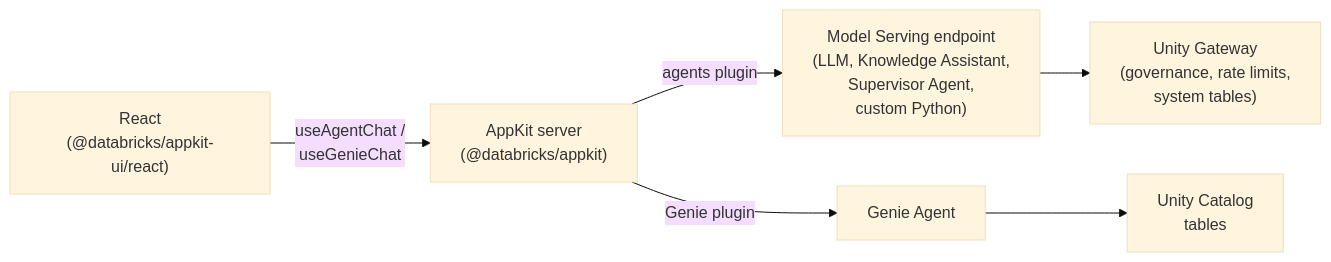
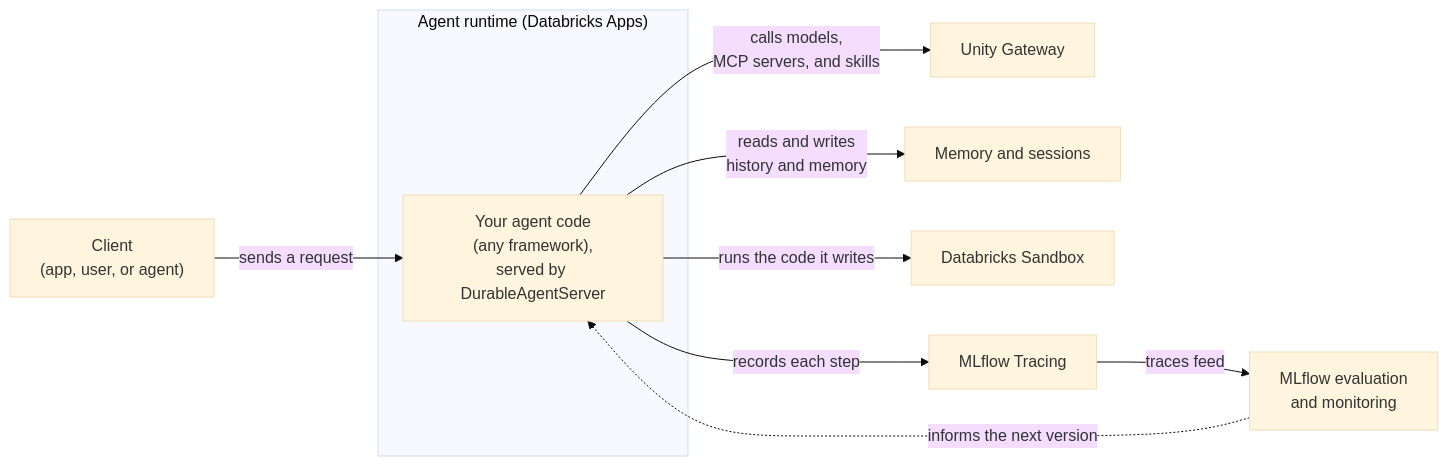
The diagram in src/content/docs/agents/overview.md (databricks/devhub), drawn with Mermaid (base theme) before and after one commit. The commit also changed other lines of this file and 7 other files, not shown here.

First line of the commit message:
docs(agents): refresh Agent Bricks around the developer platform; add quickstart and agent runtime pages (#173)

````diff
--- a/src/content/docs/agents/overview.md
+++ b/src/content/docs/agents/overview.md
@@ -26,8 +23,13 @@
 ```mermaid
 flowchart LR
-    React["React<br/>(@databricks/appkit-ui/react)"] -->|"useAgentChat /<br/>useGenieChat"| Node["AppKit server<br/>(@databricks/appkit)"]
-    Node -->|"agents plugin"| Endpoint["Model Serving endpoint<br/>(LLM, Knowledge Assistant,<br/>Supervisor Agent,<br/>custom Python)"]
-    Node -->|"Genie plugin"| Space["Genie Agent"]
-    Endpoint --> Gateway["Unity Gateway<br/>(governance, rate limits,<br/>system tables)"]
-    Space --> UC["Unity Catalog<br/>tables"]
+    Client["Client<br/>(app, user, or agent)"] -->|"sends a request"| Agent
+    subgraph Runtime["Agent runtime (Databricks Apps)"]
+        Agent["Your agent code<br/>(any framework),<br/>served by DurableAgentServer"]
+    end
+    Agent -->|"calls models,<br/>MCP servers, and skills"| Gateway["Unity Gateway"]
+    Agent -->|"reads and writes<br/>history and memory"| State["Memory and sessions"]
+    Agent -->|"runs the code it writes"| Sandbox["Databricks Sandbox"]
+    Agent -->|"records each step"| Tracing["MLflow Tracing"]
+    Tracing -->|"traces feed"| Eval["MLflow evaluation<br/>and monitoring"]
+    Eval -.->|"informs the next version"| Agent
 ```
````
